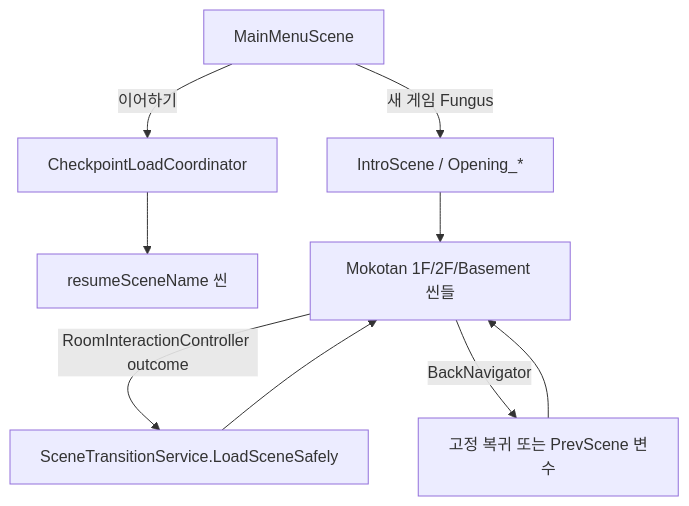
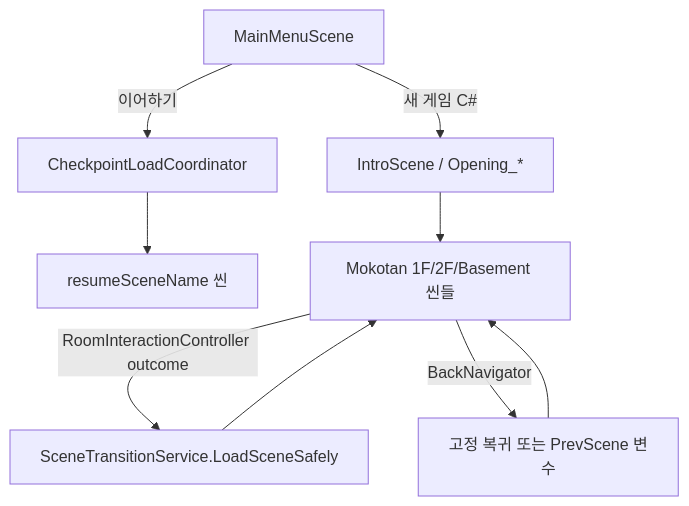
One commit to mokotan1/newCapstone changed the first of 4 diagrams in docs/architecture.md. Above: the diagram before and after it, drawn with Mermaid. The commit also changed other lines of this file and 3 other files, not shown here.

Commit message:
docs: update Fungus deletion progress after intro migration

````diff
--- a/docs/architecture.md
+++ b/docs/architecture.md
@@ -157,11 +157,11 @@
 ```mermaid
 flowchart TD
-    MM[MainMenuScene] -->|새 게임 Fungus| Intro[IntroScene / Opening_*]
+    MM[MainMenuScene] -->|새 게임 C#| Intro[IntroScene / Opening_*]
     MM -->|이어하기| CP[CheckpointLoadCoordinator]
     CP --> Resume[resumeSceneName 씬]
     Intro --> Game[Mokotan 1F/2F/Basement 씬들]
     Game -->|RoomInteractionController outcome| ST[SceneTransitionService.LoadSceneSafely]
     Game -->|BackNavigator| Back[고정 복귀 또는 PrevScene 변수]
     ST --> Game
     Back --> Game
 ```
````
